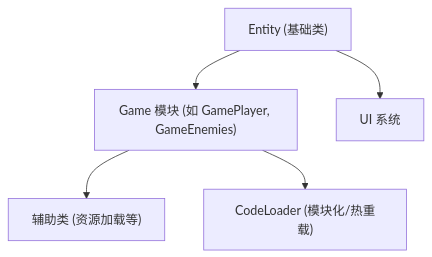
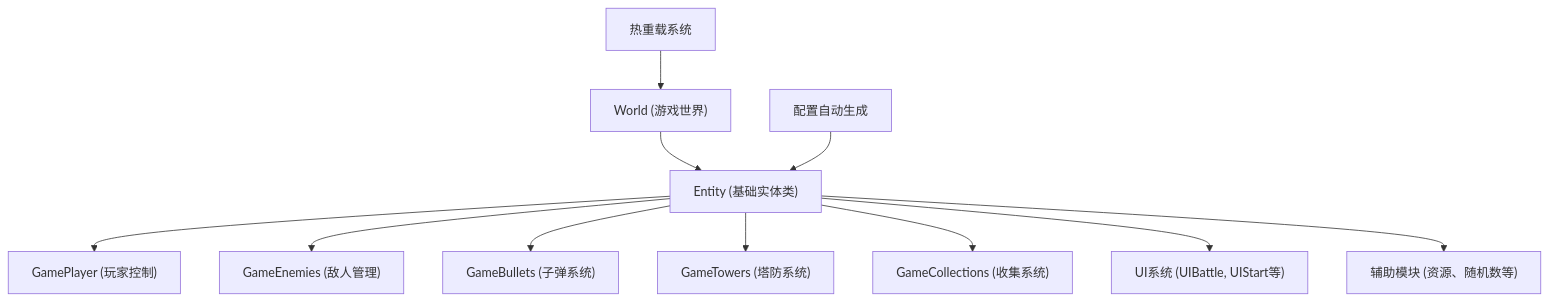
One commit to yukuyoulei/FightForC changed the diagram in README.md. Above: the diagram before and after it, drawn with Mermaid. The commit also changed other lines of this file, not shown here.

````diff
--- a/README.md
+++ b/README.md
@@ -23,7 +24,13 @@
 ```mermaid
 graph TD;
-  Entity["Entity (基础类)"] --> Game["Game 模块 (如 GamePlayer, GameEnemies)"]
-  Entity --> UI["UI 系统"]
-  Game --> Helper["辅助类 (资源加载等)"]
-  Game --> CodeLoader["CodeLoader (模块化/热重载)"]
+  World["World (游戏世界)"] --> Entity["Entity (基础实体类)"]
+  Entity --> GamePlayer["GamePlayer (玩家控制)"]
+  Entity --> GameEnemies["GameEnemies (敌人管理)"]
+  Entity --> GameBullets["GameBullets (子弹系统)"]
+  Entity --> GameTowers["GameTowers (塔防系统)"]
+  Entity --> GameCollections["GameCollections (收集系统)"]
+  Entity --> UI["UI系统 (UIBattle, UIStart等)"]
+  Entity --> Helpers["辅助模块 (资源、随机数等)"]
+  ConfigAuto["配置自动生成"] --> Entity
+  CodeLoader["热重载系统"] --> World
 ```
````
